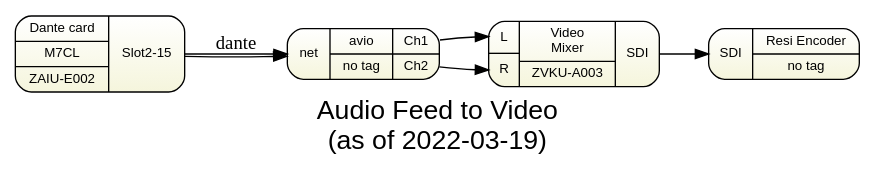
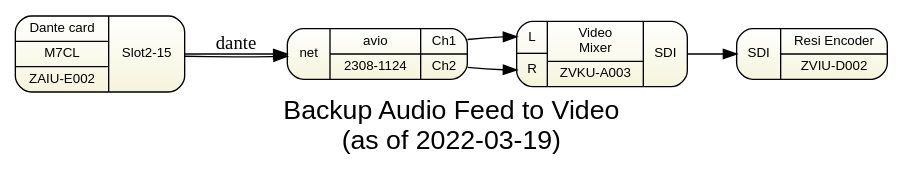
Before and after one commit to avmaint/uactechdoc: the ninth of 10 diagrams in SystemDesignAudio.qmd, drawn with Graphviz. The commit also changed other lines of this file, not shown here.

Commit message:
Added details to livestream section

````diff
--- a/SystemDesignAudio.qmd
+++ b/SystemDesignAudio.qmd
@@ -682,41 +729,43 @@
-```{dot livestream}
+```{dot fig-livestream-audio2}
+//| fig-cap: Audio Feed to Video
+//| label: fig-livestream-audio2
+//| cap-location: bottom
 
-digraph outputs { 
+digraph livestream_audio2 { 
   
 graph [overlap = true, fontsize = 20, 
-      label="Audio Feed to Video\n(as of 2022-03-19)",
+      label="Backup Audio Feed to Video\n(as of 2022-03-19)",
       fontname = Helvetica, bgcolor=white, rankdir=LR
       ]
  
 node [shape = Mrecord style=filled , fillcolor="white:beige"  , fontsize = 10,
       gradientangle=270 fontname = Helvetica ]
 
 ZAKU0001
  [label="
 {
   
   {Dante card|M7CL |ZAIU-E002} 
 |{
-  <S215>Slot2-15   
+  <S215>Slot2-15
 }
 }
 "]
 
 avio  [label="{{
   <net>net
-} | {avio|no tag}|{<o1>Ch1|<o2>Ch2} }"]
+} | {avio|2308-1124}|{<o1>Ch1|<o2>Ch2} }"]
 
 
 videomix  [label="{{<i1>L|<i2>R } |{Video\nMixer|ZVKU-A003}|<o1>SDI}"]
-resi  [label="{{<i1>SDI } |{Resi Encoder|no tag}}"]
+resi  [label="{{<i1>SDI } |{Resi Encoder|ZVIU-D002}}"]
 
 ZAKU0001:s215 -> avio:ch1 [label="dante"]
 ZAKU0001:s215 -> avio:ch2 
 
 avio:ch1 -> videomix:i1
 avio:ch2 -> videomix:i2
 
 videomix:o1 -> resi:i1
 } 
- 
 ```
````
